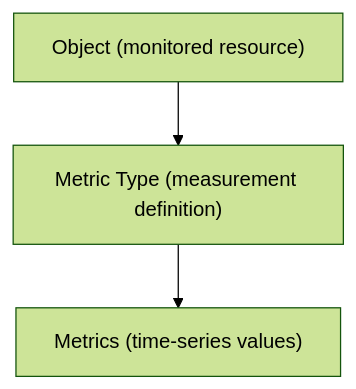
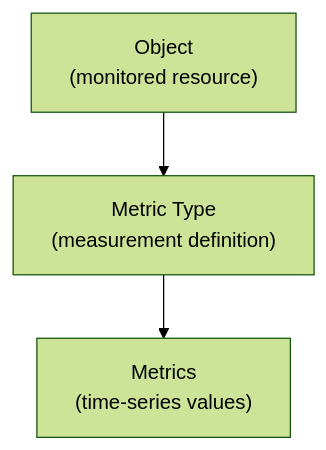
Before and after one commit to xautomata/User-Interface-Manual: the diagram in docs/metrics_model.md, drawn with Mermaid (forest theme). The commit also changed 9 other files, not shown here.

````diff
--- a/docs/metrics_model.md
+++ b/docs/metrics_model.md
@@ -15,10 +15,10 @@
 ```mermaid
 flowchart TD
 
-O["Object (monitored resource)"]
-MT["Metric Type (measurement definition)"]
-M["Metrics (time-series values)"]
+O["Object<br>(monitored resource)"]
+MT["Metric Type<br>(measurement definition)"]
+M["Metrics<br>(time-series values)"]
 
 O --> MT
 MT --> M
 ```
````
